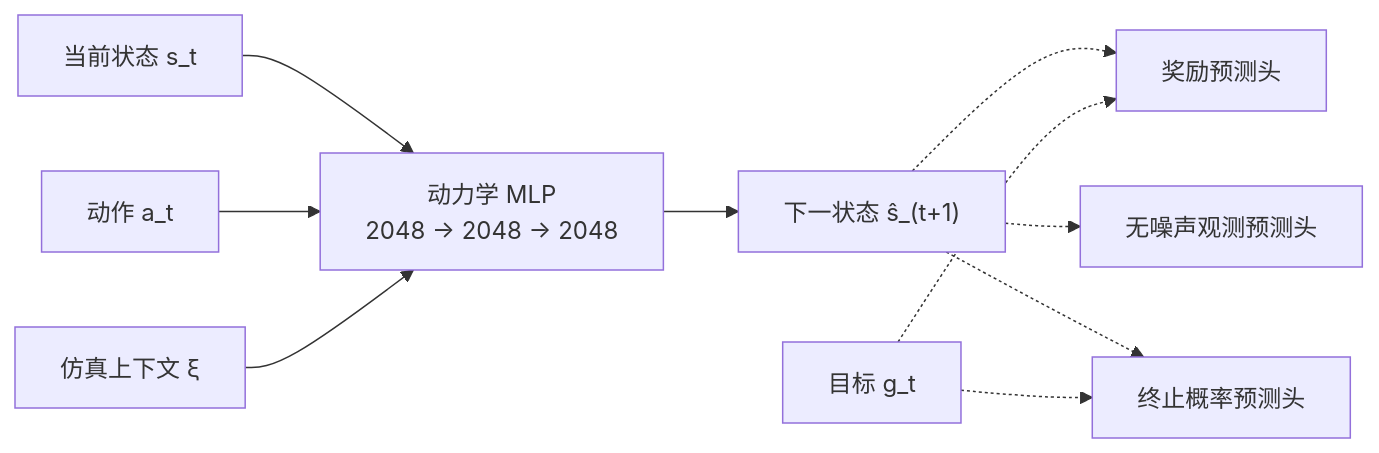
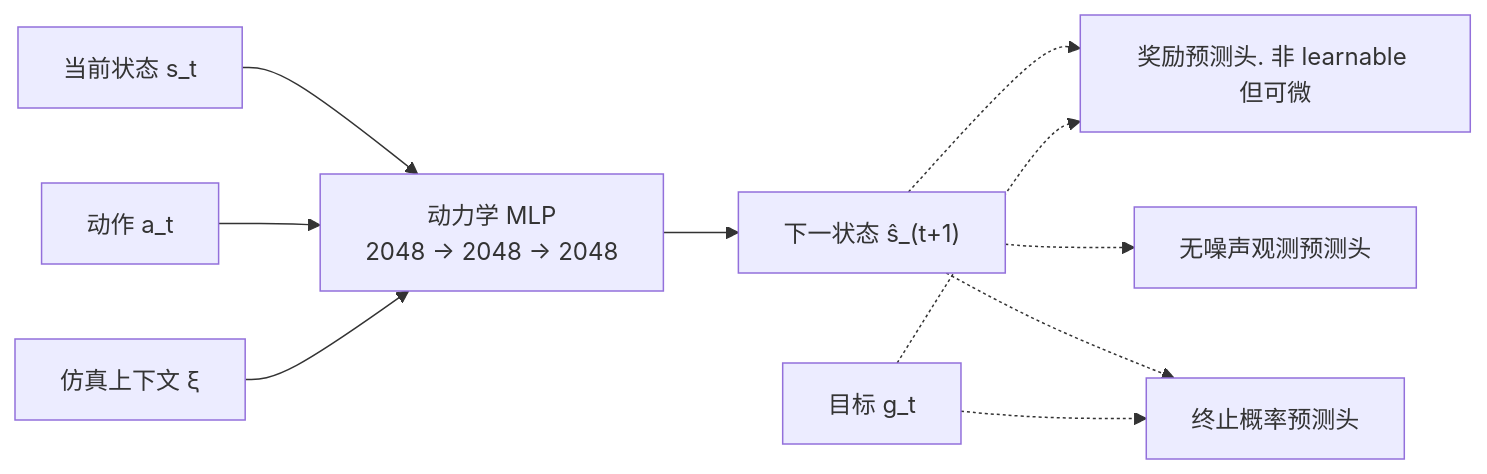
The first of 2 diagrams in papers/papers-batch-12.md (julyfun/how-to), drawn with Mermaid before and after one commit.

Commit message:
M papers/papers-batch-12.md

````diff
--- a/papers/papers-batch-12.md
+++ b/papers/papers-batch-12.md
@@ -59,13 +59,13 @@
 ```mermaid
 flowchart LR
     S["当前状态 s_t"] --> D["动力学 MLP<br/>2048 → 2048 → 2048"]
     A["动作 a_t"] --> D
     X["仿真上下文 ξ"] --> D
     D --> NS["下一状态 ŝ_(t+1)"]
 
-    NS -.-> R["奖励预测头"]
+    NS -.-> R["奖励预测头. 非 learnable 但可微"]
     NS -.-> O["无噪声观测预测头"]
     NS -.-> T["终止概率预测头"]
     G["目标 g_t"] -.-> R
     G -.-> T
 ```
````
